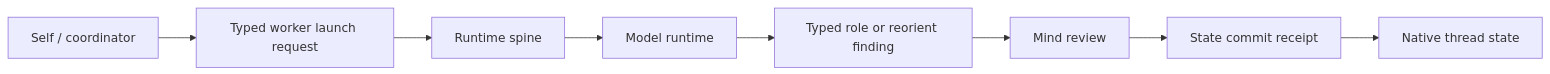
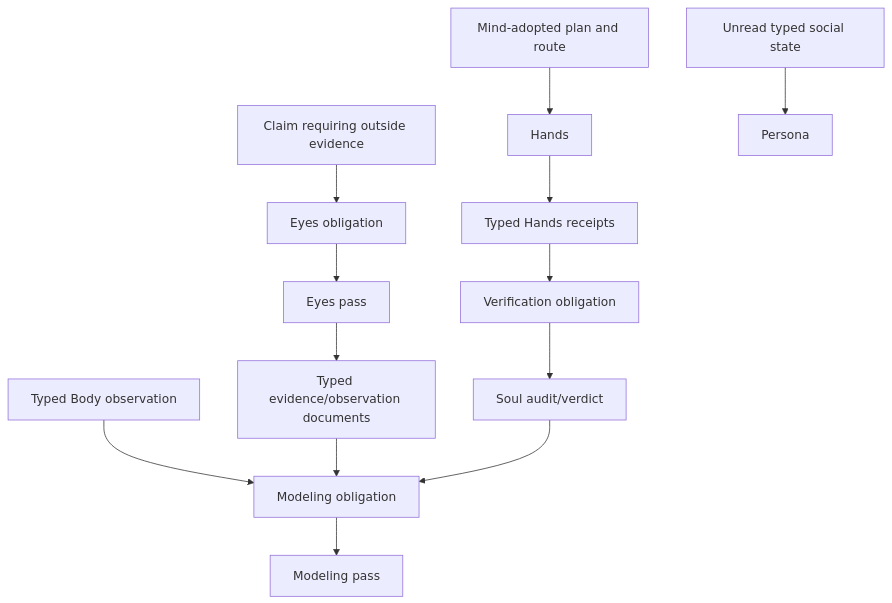
The second of 2 diagrams in notes/epiphany-current-algorithmic-map.md (GameCult/Epiphany), drawn with Mermaid before and after one commit. The commit also changed other lines of this file and 4 other files, not shown here.

````diff
--- a/notes/epiphany-current-algorithmic-map.md
+++ b/notes/epiphany-current-algorithmic-map.md
@@ -414,10 +149,15 @@
 ```mermaid
-flowchart LR
-    C["Self / coordinator"] --> L["Typed worker launch request"]
-    L --> RS["Runtime spine"]
-    RS --> M["Model runtime"]
-    M --> F["Typed role or reorient finding"]
-    F --> MG["Mind review"]
-    MG --> SC["State commit receipt"]
-    SC --> S["Native thread state"]
+flowchart TD
+    Body["Typed Body observation"] --> MO["Modeling obligation"]
+    MO --> Model["Modeling pass"]
+    Claim["Claim requiring outside evidence"] --> EO["Eyes obligation"]
+    EO --> Eyes["Eyes pass"]
+    Eyes --> Evidence["Typed evidence/observation documents"]
+    Evidence --> MO
+    Plan["Mind-adopted plan and route"] --> Hands
+    Hands --> Consequence["Typed Hands receipts"]
+    Consequence --> Verify["Verification obligation"]
+    Verify --> Audit["Soul audit/verdict"]
+    Audit --> MO
+    Social["Unread typed social state"] --> Persona
 ```
````
